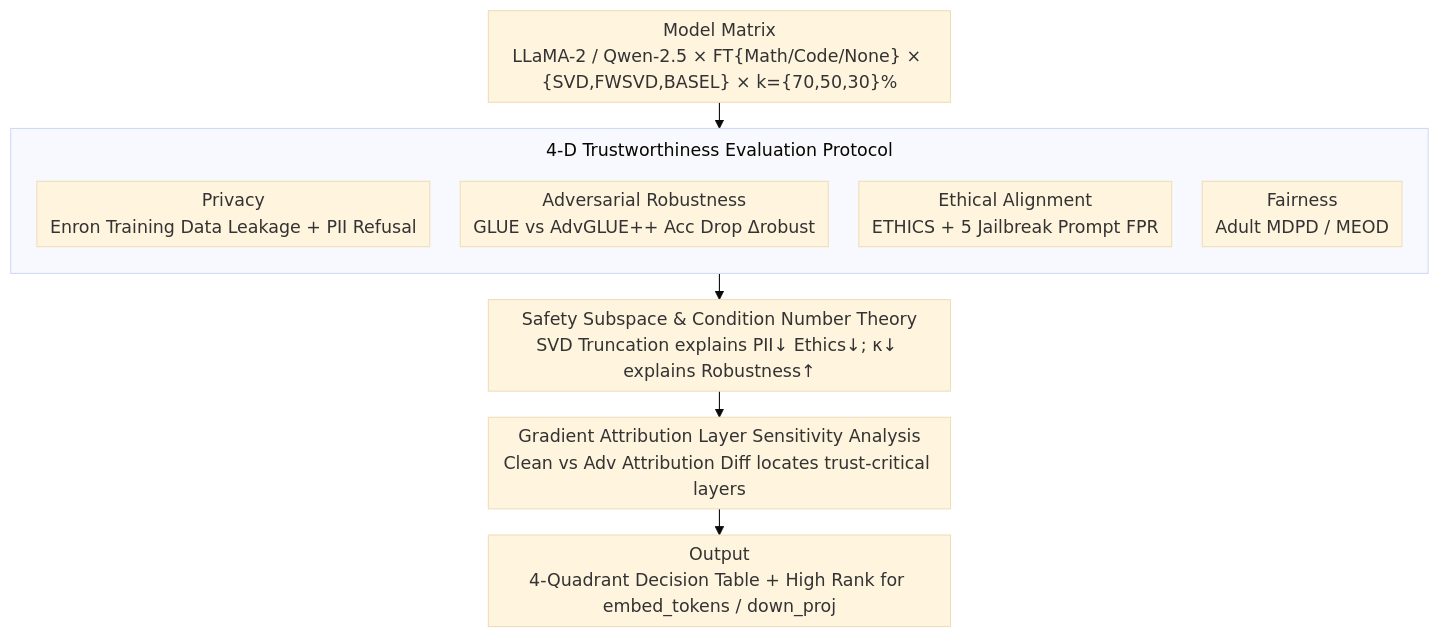
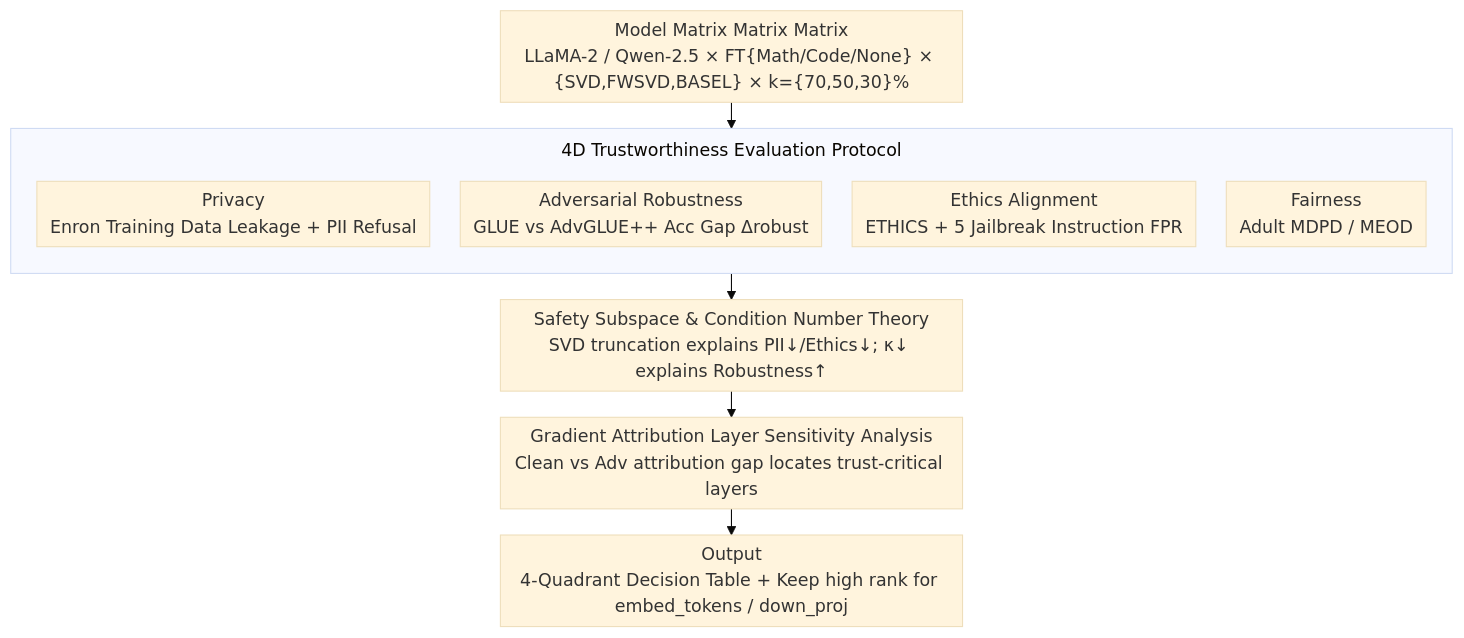
Before and after one commit to zhaoyang97/Paper-Notes-en: the diagram in docs/ACL2026/llm_safety/decomposed_trust_privacy_adversarial_robustness_ethics_and_fairness_in_low-rank_.md, drawn with Mermaid (base theme). The commit also changed other lines of this file and 5084 other files, not shown here.

````diff
--- a/docs/ACL2026/llm_safety/decomposed_trust_privacy_adversarial_robustness_ethics_and_fairness_in_low-rank_.md
+++ b/docs/ACL2026/llm_safety/decomposed_trust_privacy_adversarial_robustness_ethics_and_fairness_in_low-rank_.md
@@ -41,16 +41,16 @@
 ```mermaid
 %%{init: {'flowchart': {'rankSpacing': 24, 'nodeSpacing': 28, 'padding': 6, 'wrappingWidth': 400, 'subGraphTitleMargin': {'top': 8, 'bottom': 16}}}}%%
 flowchart TD
-    M["Model Matrix<br/>LLaMA-2 / Qwen-2.5 × FT{Math/Code/None} × {SVD,FWSVD,BASEL} × k={70,50,30}%"]
-    subgraph EVAL["4-D Trustworthiness Evaluation Protocol"]
+    M["Model Matrix Matrix Matrix<br/>LLaMA-2 / Qwen-2.5 × FT{Math/Code/None} × {SVD,FWSVD,BASEL} × k={70,50,30}%"]
+    subgraph EVAL["4D Trustworthiness Evaluation Protocol"]
         direction TB
         P["Privacy<br/>Enron Training Data Leakage + PII Refusal"]
-        A["Adversarial Robustness<br/>GLUE vs AdvGLUE++ Acc Drop Δrobust"]
-        E["Ethical Alignment<br/>ETHICS + 5 Jailbreak Prompt FPR"]
+        A["Adversarial Robustness<br/>GLUE vs AdvGLUE++ Acc Gap Δrobust"]
+        E["Ethics Alignment<br/>ETHICS + 5 Jailbreak Instruction FPR"]
         F["Fairness<br/>Adult MDPD / MEOD"]
     end
     M --> EVAL
-    EVAL --> T["Safety Subspace & Condition Number Theory<br/>SVD Truncation explains PII↓ Ethics↓; κ↓ explains Robustness↑"]
-    T --> G["Gradient Attribution Layer Sensitivity Analysis<br/>Clean vs Adv Attribution Diff locates trust-critical layers"]
-    G --> O["Output<br/>4-Quadrant Decision Table + High Rank for embed_tokens / down_proj"]
+    EVAL --> T["Safety Subspace & Condition Number Theory<br/>SVD truncation explains PII↓/Ethics↓; κ↓ explains Robustness↑"]
+    T --> G["Gradient Attribution Layer Sensitivity Analysis<br/>Clean vs Adv attribution gap locates trust-critical layers"]
+    G --> O["Output<br/>4-Quadrant Decision Table + Keep high rank for embed_tokens / down_proj"]
 ```
````
